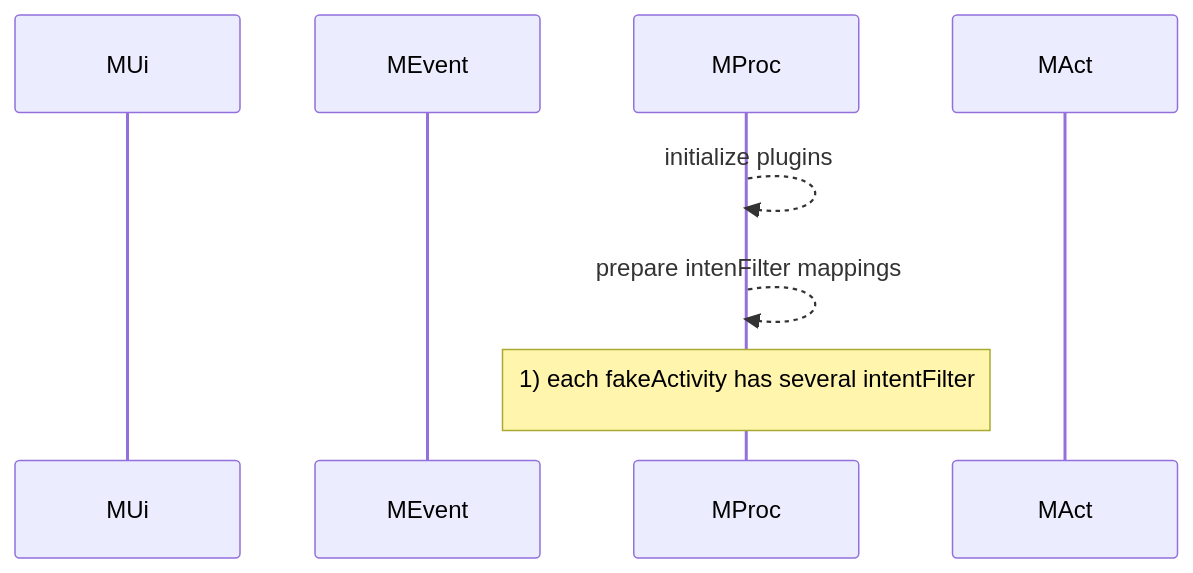
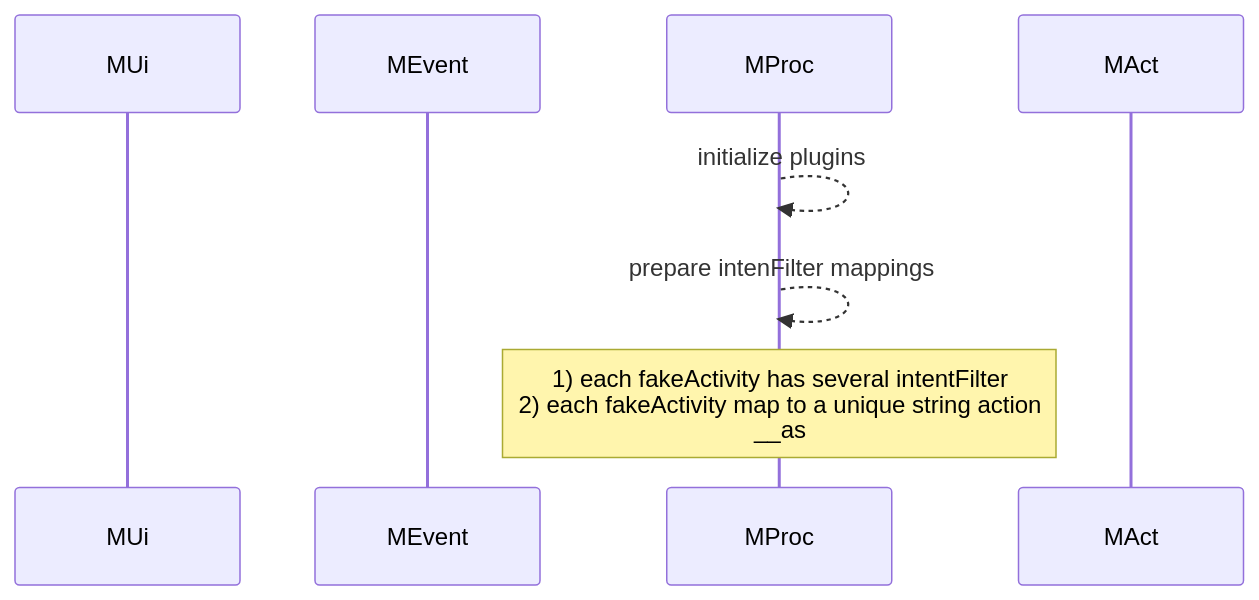
Before and after one commit to gordianknotC/nxp_note: the third of 6 diagrams in flutter/android_to_flutter.md, drawn with Mermaid. The commit also changed other lines of this file, not shown here.

Commit message:
flutter/android_to_flutter.md updated from https://stackedit.io/

````diff
--- a/flutter/android_to_flutter.md
+++ b/flutter/android_to_flutter.md
@@ -50,11 +50,11 @@
 ```mermaid
 sequenceDiagram
 participant MUi
 participant MEvent
 participant MProc
 participant MAct
 
 MProc-->>MProc: initialize plugins
 MProc-->>MProc: prepare intenFilter mappings
-Note over MProc: 1) each fakeActivity has several intentFilter<br>
+Note over MProc: 1) each fakeActivity has several intentFilter<br>2) each fakeActivity map to a unique string action<br>__as
 ```
````
